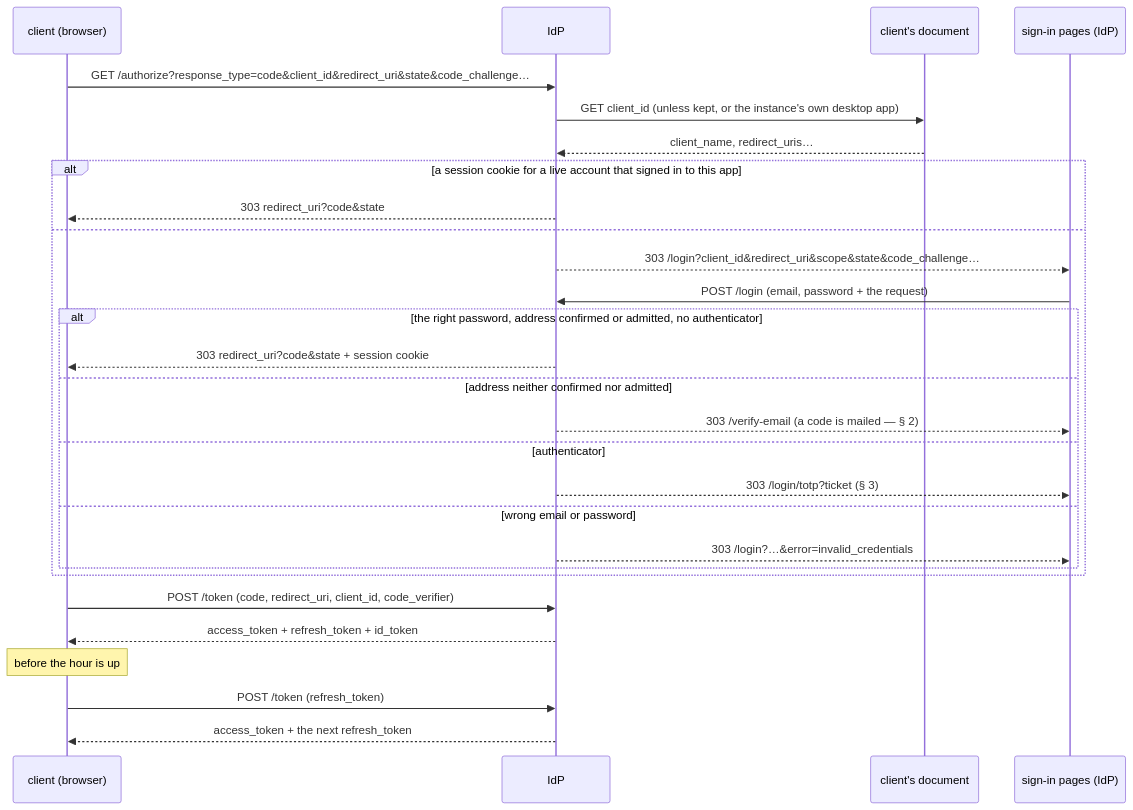
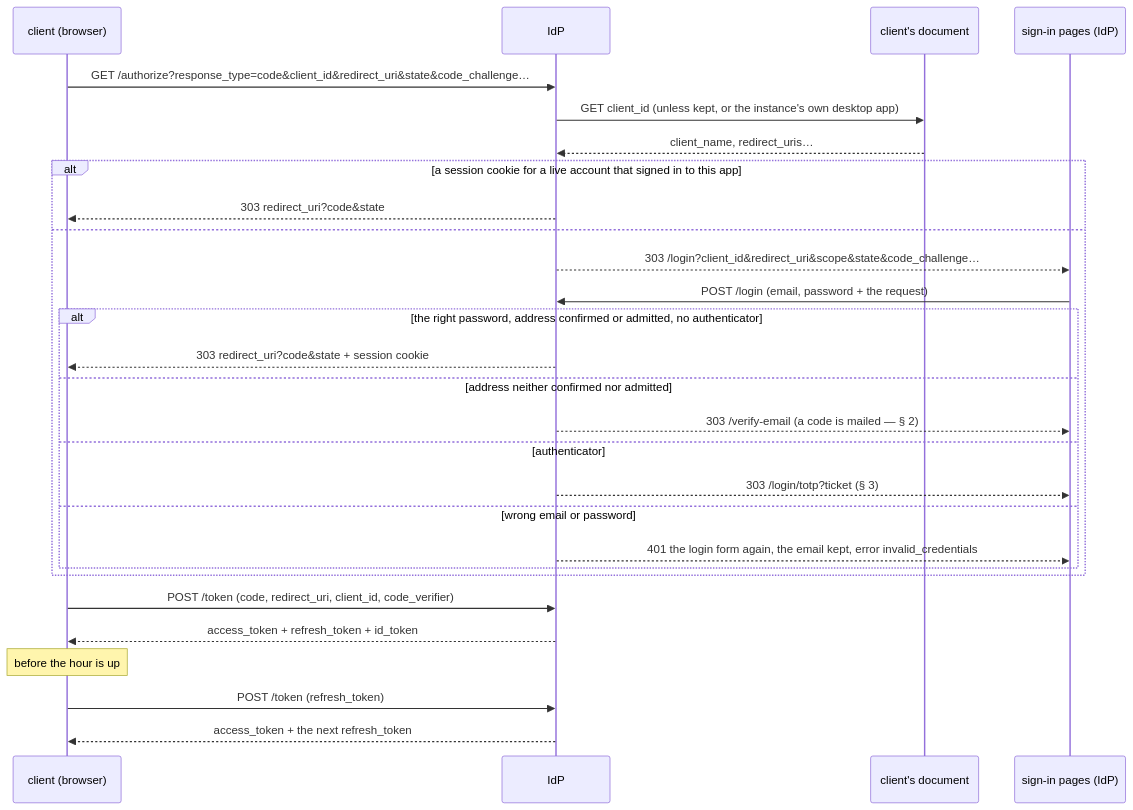
One commit to Pina-i/pinai changed the first of 14 diagrams in identity-provider/specs/auth.md. Above: the diagram before and after it, drawn with Mermaid. The commit also changed other lines of this file and 6 other files, not shown here.

First line of the commit message:
fix(idp): keep the email on the login form after a refusal

````diff
--- a/identity-provider/specs/auth.md
+++ b/identity-provider/specs/auth.md
@@ -11,31 +11,31 @@
 ```mermaid
 sequenceDiagram
     participant C as client (browser)
     participant I as IdP
     participant D as client's document
     participant P as sign-in pages (IdP)
 
     C->>I: GET /authorize?response_type=code&client_id&redirect_uri&state&code_challenge…
     I->>D: GET client_id (unless kept, or the instance's own desktop app)
     D-->>I: client_name, redirect_uris…
     alt a session cookie for a live account that signed in to this app
         I-->>C: 303 redirect_uri?code&state
     else
         I-->>P: 303 /login?client_id&redirect_uri&scope&state&code_challenge…
         P->>I: POST /login (email, password + the request)
         alt the right password, address confirmed or admitted, no authenticator
             I-->>C: 303 redirect_uri?code&state + session cookie
         else address neither confirmed nor admitted
             I-->>P: 303 /verify-email (a code is mailed — § 2)
         else authenticator
             I-->>P: 303 /login/totp?ticket (§ 3)
         else wrong email or password
-            I-->>P: 303 /login?…&error=invalid_credentials
+            I-->>P: 401 the login form again, the email kept, error invalid_credentials
         end
     end
     C->>I: POST /token (code, redirect_uri, client_id, code_verifier)
     I-->>C: access_token + refresh_token + id_token
     Note over C: before the hour is up
     C->>I: POST /token (refresh_token)
     I-->>C: access_token + the next refresh_token
 ```
````
